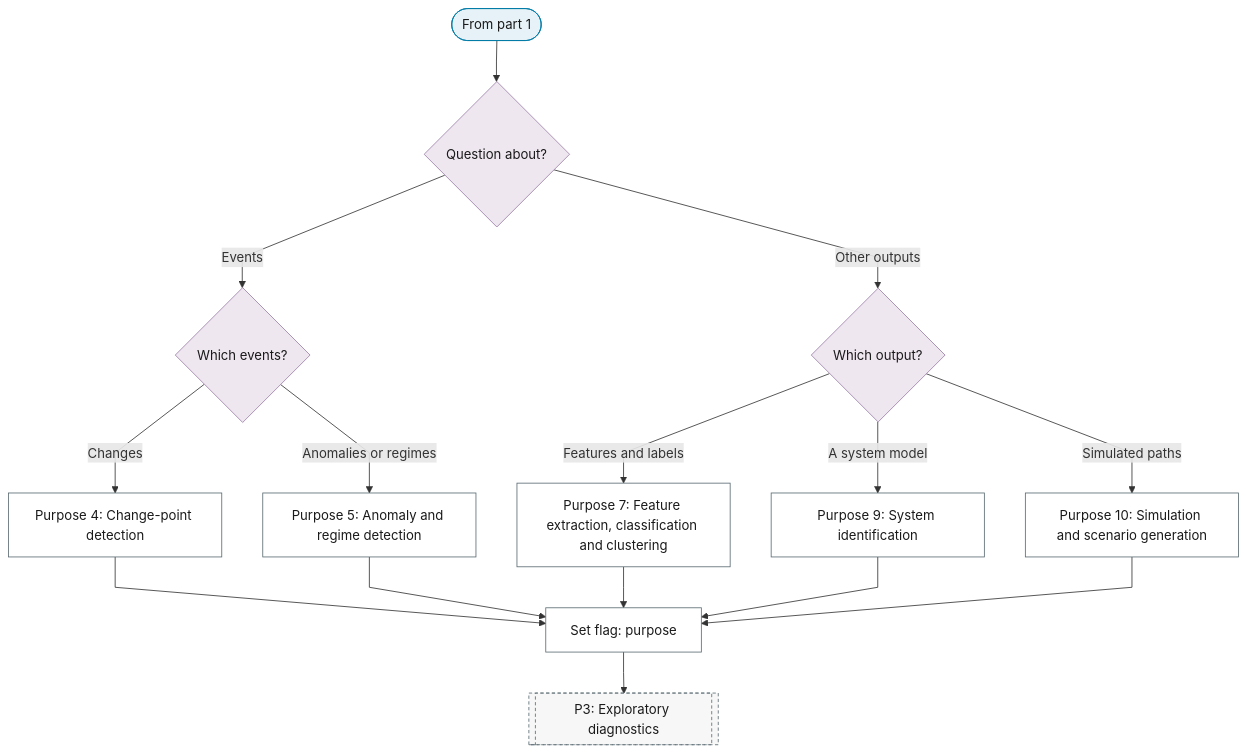
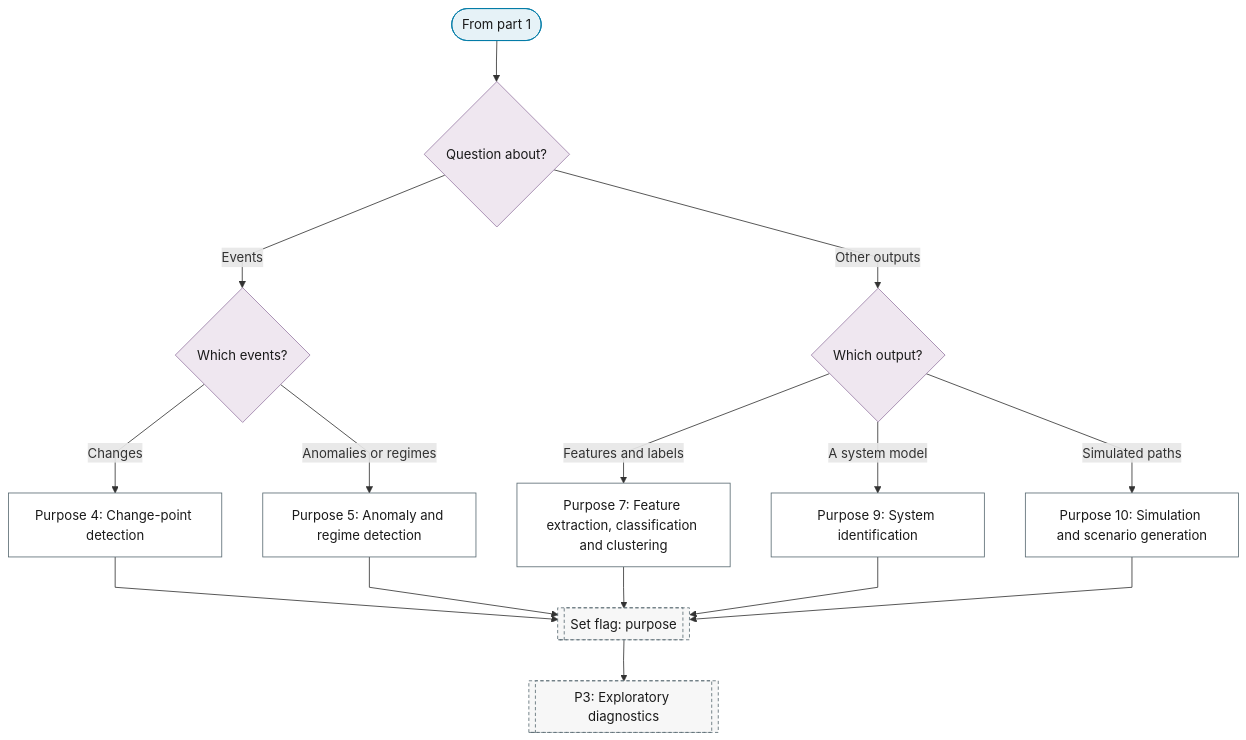
One commit to Shuxin-Y/time-series-analysis-manual changed the second of 2 diagrams in docs/01-workflow/p02-purpose/index.md. Above: the diagram before and after it, drawn with Mermaid. The commit also changed 5 other files, not shown here.

````diff
--- a/docs/01-workflow/p02-purpose/index.md
+++ b/docs/01-workflow/p02-purpose/index.md
@@ -40,26 +40,26 @@
 ```mermaid
 %%{init: {"flowchart": {"curve": "linear"}}}%%
 graph TD
     P2_PART_2_IN(["From part 1"]) --> P2_QUESTION_2{"Question about?"}
     P2_QUESTION_2 -->|"Events"| P2_EVENTS{"Which events?"}
     P2_QUESTION_2 -->|"Other outputs"| P2_OUTPUTS{"Which output?"}
     P2_EVENTS -->|"Changes"| P2_CHANGE_POINT["Purpose 4: Change-point detection"]
     P2_EVENTS -->|"Anomalies or regimes"| P2_ANOMALY["Purpose 5: Anomaly and regime detection"]
     P2_OUTPUTS -->|"Features and labels"| P2_FEATURES["Purpose 7: Feature extraction, classification and clustering"]
     P2_OUTPUTS -->|"A system model"| P2_SYSTEM_ID["Purpose 9: System identification"]
     P2_OUTPUTS -->|"Simulated paths"| P2_SIMULATION["Purpose 10: Simulation and scenario generation"]
-    P2_CHANGE_POINT & P2_ANOMALY & P2_FEATURES & P2_SYSTEM_ID & P2_SIMULATION --> P2_PART_2_PURPOSE_FLAG["Set flag: purpose"]
-    P2_PART_2_PURPOSE_FLAG --> P3[["P3: Exploratory diagnostics"]]
+    P2_CHANGE_POINT & P2_ANOMALY & P2_FEATURES & P2_SYSTEM_ID & P2_SIMULATION --> P2_PURPOSE_FLAG[["Set flag: purpose"]]
+    P2_PURPOSE_FLAG --> P3[["P3: Exploratory diagnostics"]]
     class P2_PART_2_IN terminator
     class P2_QUESTION_2,P2_EVENTS,P2_OUTPUTS decision
-    class P2_CHANGE_POINT,P2_ANOMALY,P2_FEATURES,P2_SYSTEM_ID,P2_SIMULATION,P2_PART_2_PURPOSE_FLAG process
-    class P3 ref
+    class P2_CHANGE_POINT,P2_ANOMALY,P2_FEATURES,P2_SYSTEM_ID,P2_SIMULATION process
+    class P2_PURPOSE_FLAG,P3 ref
     classDef terminator fill:#E6F2F7,stroke:#007BA7,color:#1A1A1A;
     classDef process fill:#FFFFFF,stroke:#5A6B73,color:#1A1A1A;
     classDef decision fill:#EFE7F0,stroke:#9B7FA7,color:#1A1A1A;
     classDef data fill:#FFF4E0,stroke:#C9A55E,color:#1A1A1A;
     classDef good fill:#DCEFD8,stroke:#4A7A3F,color:#1A1A1A;
     classDef escalate fill:#FFE9C2,stroke:#C9A55E,color:#1A1A1A;
     classDef problem fill:#F2D9DE,stroke:#800020,color:#1A1A1A;
     classDef ref fill:#F7F7F7,stroke:#5A6B73,color:#1A1A1A,stroke-dasharray:4 3;
 ```
````
